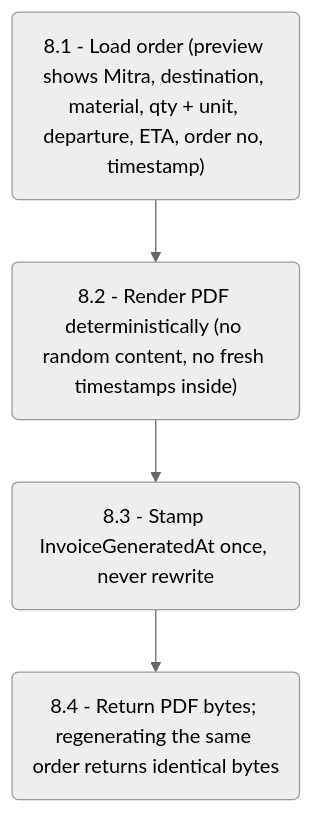
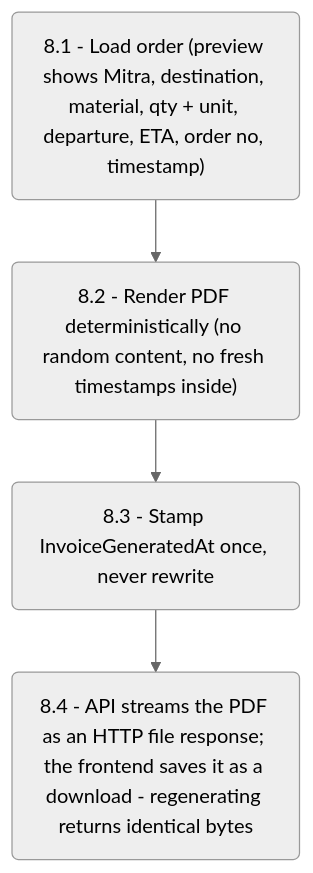
The sixth of 7 diagrams in architecture/04-dfd-level-2.md (dzulfiqois/stock-monitoring-tso), drawn with Mermaid (neutral theme) before and after one commit. The commit also changed other lines of this file and 208 other files, not shown here.

````diff
--- a/architecture/04-dfd-level-2.md
+++ b/architecture/04-dfd-level-2.md
@@ -117,9 +122,9 @@
 ```mermaid
 flowchart TB
     F1("8.1 - Load order (preview shows Mitra, destination, material, qty + unit, departure, ETA, order no, timestamp)")
     F2("8.2 - Render PDF deterministically (no random content, no fresh timestamps inside)")
     F3("8.3 - Stamp InvoiceGeneratedAt once, never rewrite")
-    F4("8.4 - Return PDF bytes; regenerating the same order returns identical bytes")
+    F4("8.4 - API streams the PDF as an HTTP file response; the frontend saves it as a download - regenerating returns identical bytes")
 
     F1 --> F2 --> F3 --> F4
 ```
````
